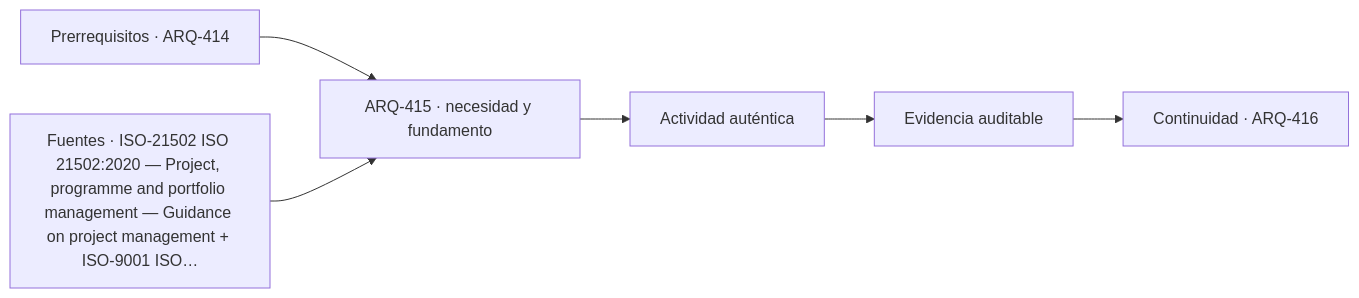
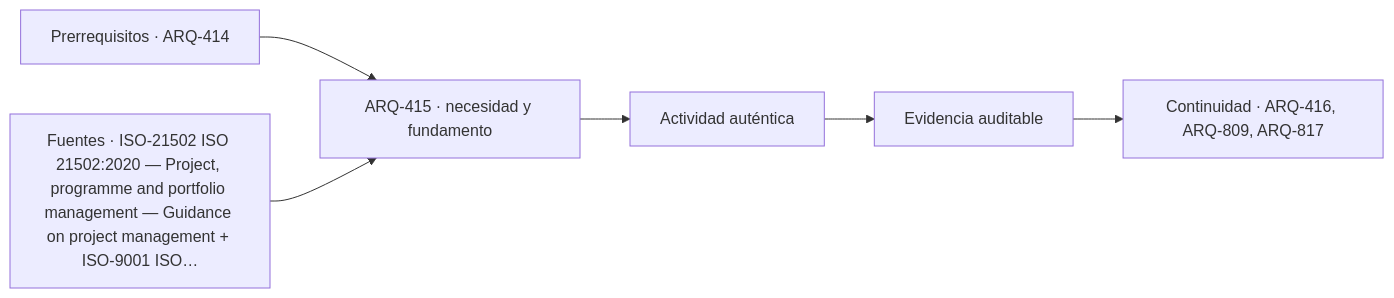
Before and after one commit to vladimiracunadev-create/architecture-built-environment-learning-program: the diagram in classes/parte-42/ARQ-415.md, drawn with Mermaid. The commit also changed other lines of this file and 234 other files, not shown here.

````diff
--- a/classes/parte-42/ARQ-415.md
+++ b/classes/parte-42/ARQ-415.md
@@ -87,8 +87,8 @@
 ```mermaid
 flowchart LR
     A["Prerrequisitos · ARQ-414"] --> B["ARQ-415 · necesidad y fundamento"]
     S["Fuentes · ISO-21502 ISO 21502:2020 — Project, programme and portfolio management — Guidance on project management + ISO-9001 ISO…"] --> B
     B --> C["Actividad auténtica"]
     C --> D["Evidencia auditable"]
-    D --> E["Continuidad · ARQ-416"]
+    D --> E["Continuidad · ARQ-416, ARQ-809, ARQ-817"]
 ```
````
